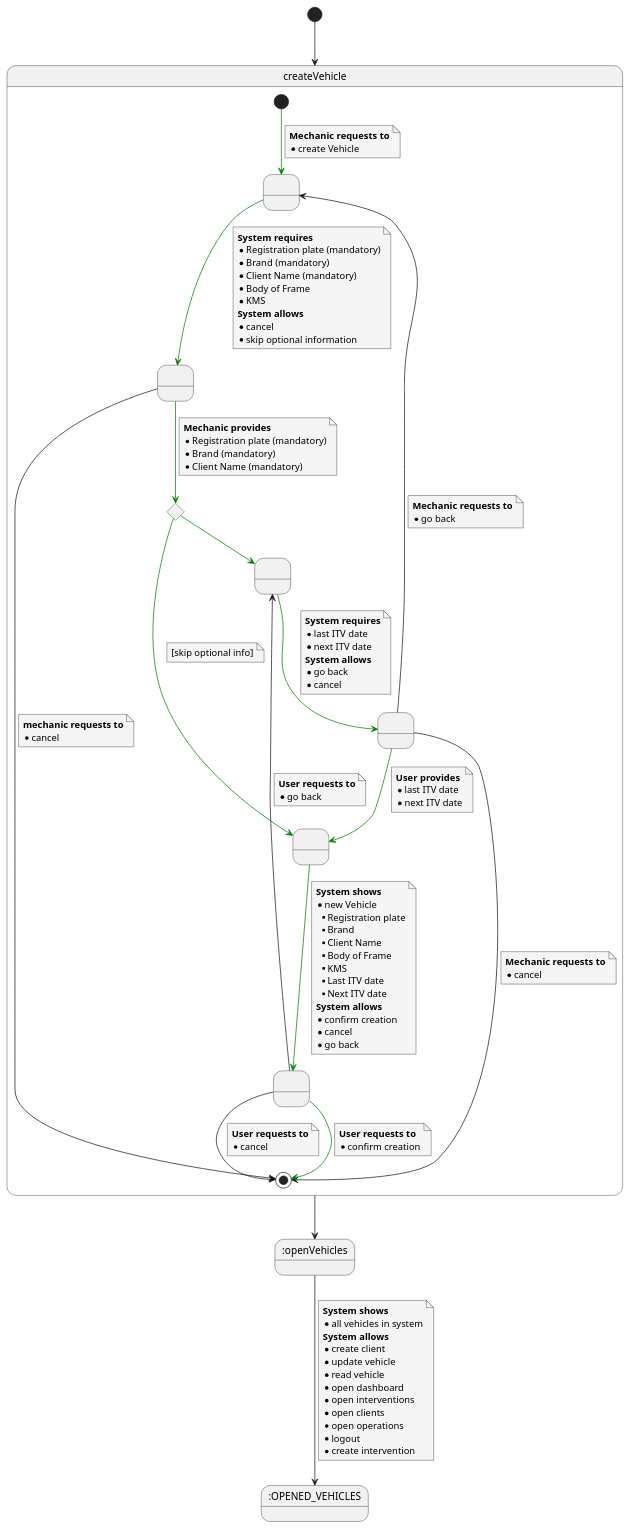
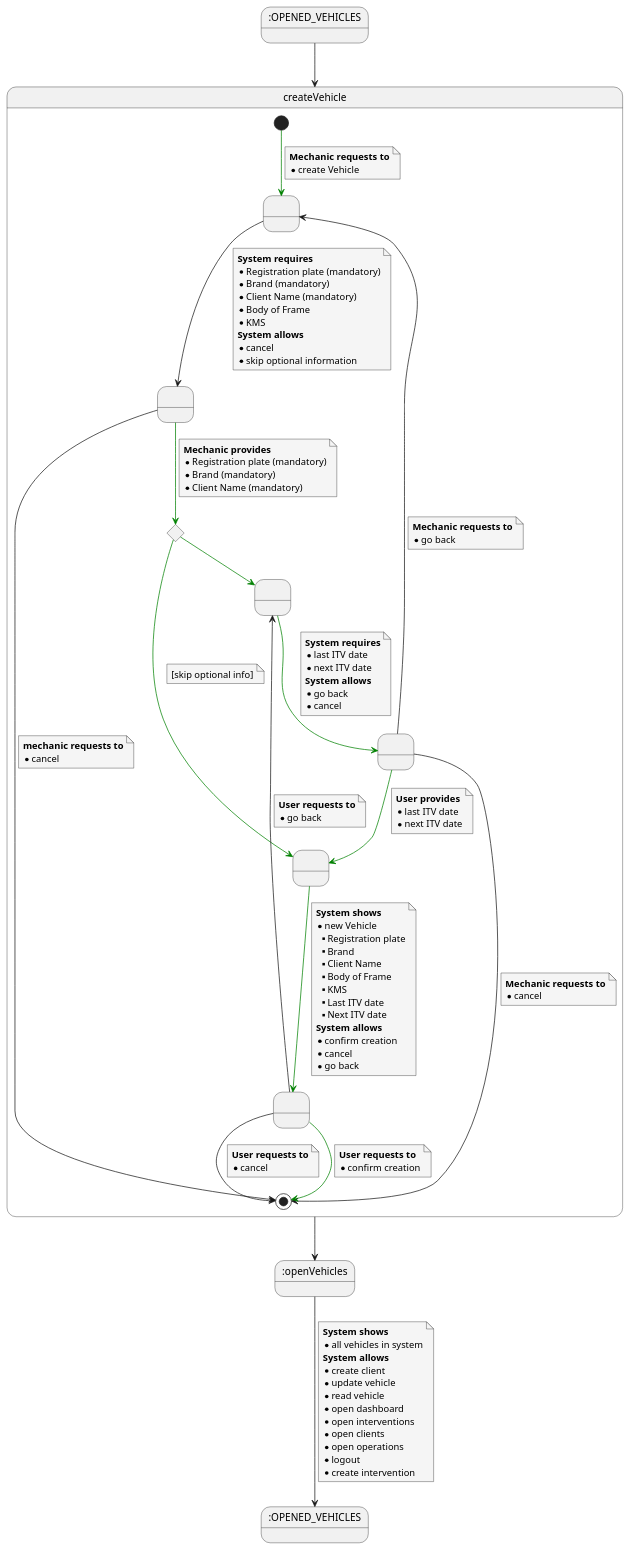
One commit to Ruskab/agrimManager changed the diagram in documentation/1requiremets/usecases_specification/puml/createVehicle.puml. Above: the diagram before and after it, drawn with PlantUML. The commit also changed 13 other files, not shown here.

```diff
--- a/documentation/1requiremets/usecases_specification/puml/createVehicle.puml
+++ b/documentation/1requiremets/usecases_specification/puml/createVehicle.puml
@@ -1,144 +1,145 @@
 @startuml
 skinparam {
     NoteBackgroundColor #whiteSmoke
 }
 
 state OPENED_VEHICLES as ":OPENED_VEHICLES"
 state openVehicles as ":openVehicles"
+state initState as ":OPENED_VEHICLES"
 
-[*] -down-> createVehicle
+initState -down-> createVehicle
 
 state createVehicle {
 state 1 as " "
 state A0 as " "
 state A1 as " "
 state 2 as " "
 state 4 as " "
 state A4 <<choice>>
 state 6 as " "
 
 [*]  -[#Green]down-> 1
 note on link
     <b>Mechanic requests to</b>
     * create Vehicle
 end note
 
-1 -[#Green]down-> 2
+1 -down-> 2
 note on link
     <b>System requires</b>
     * Registration plate (mandatory)
     * Brand (mandatory)
     * Client Name (mandatory)
     * Body of Frame
     * KMS
     <b>System allows</b>
     * cancel
     * skip optional information
 end note
 
 2 -down-> [*]
 note on link
 <b>mechanic requests to
 * cancel
 end note
 
 2 -[#Green]down-> A4
 note on link
 <b>Mechanic provides</b>
 * Registration plate (mandatory)
 * Brand (mandatory)
 * Client Name (mandatory)
 end note
 
 A4 -[#Green]down-> A1
 note on link
 [skip optional info]
 end note
 
 
 A4 -[#Green]down-> 4
 
 4 -[#Green]down-> A0
 note on link
 <b>System requires</b>
 * last ITV date
 * next ITV date
 <b>System allows</b>
 * go back
 * cancel
 end note
 
 A0 -left-> 1
 note on link
 <b>Mechanic requests to</b>
 * go back
 end note
 
 A0 -down-> [*]
 note on link
 <b>Mechanic requests to</b>
 * cancel
 end note
 
 A0 -[#Green]down-> A1
 note on link
 <b>User provides</b>
 * last ITV date
 * next ITV date
 end note
 
 A1 -[#Green]down-> 6
 note on link
     <b>System shows</b>
     * new Vehicle
     ** Registration plate
     ** Brand
     ** Client Name
     ** Body of Frame
     ** KMS
     ** Last ITV date
     ** Next ITV date
     <b>System allows</b>
     *confirm creation
     *cancel
     *go back
 end note
 
 6 -[#Green]down-> [*]
 note on link
 <b>User requests to</b>
 * confirm creation
 end note
 
 6 -up-> 4
 note on link
 <b>User requests to</b>
 * go back
 end note
 
 6 -down-> [*]
 note on link
 <b>User requests to</b>
 * cancel
 end note
 }
 
 createVehicle --> openVehicles
 
 openVehicles --> OPENED_VEHICLES
 note on link
 <b>System shows</b>
 * all vehicles in system
 <b>System allows</b>
 * create client
 * update vehicle
 * read vehicle
 * open dashboard
 * open interventions
 * open clients
 * open operations
 * logout
 * create intervention
 end note
 
 @enduml
```
